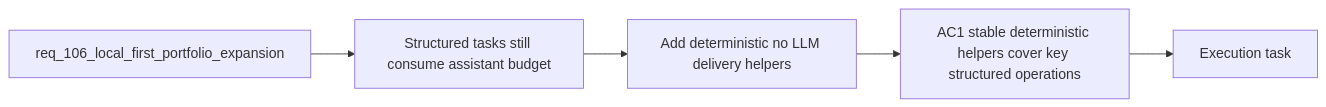
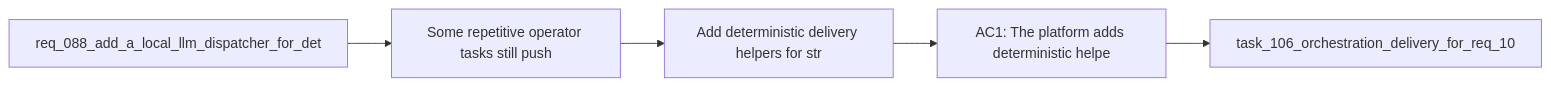
One commit to AlexAgo83/logics-manager changed the diagram in logics/backlog/item_191_add_deterministic_delivery_helpers_for_structured_repo_and_workflow_operations.md. Above: the diagram before and after it, drawn with Mermaid. The commit also changed 481 other files, not shown here.

````diff
--- a/logics/backlog/item_191_add_deterministic_delivery_helpers_for_structured_repo_and_workflow_operations.md
+++ b/logics/backlog/item_191_add_deterministic_delivery_helpers_for_structured_repo_and_workflow_operations.md
@@ -28,9 +28,9 @@
 ```mermaid
 %% logics-kind: backlog
 %% logics-signature: backlog|add-deterministic-delivery-helpers-for-s|req-088-add-a-local-llm-dispatcher-for-d|some-repetitive-operator-tasks-still-pus|ac1-the-platform-adds-deterministic-help
 flowchart LR
-    Request[req_106_local_first_portfolio_expansion] --> Problem[Structured tasks still consume assistant budget]
-    Problem --> Scope[Add deterministic no LLM delivery helpers]
-    Scope --> Acceptance[AC1 stable deterministic helpers cover key structured operations]
-    Acceptance --> Tasks[Execution task]
+    Request[req_088_add_a_local_llm_dispatcher_for_det] --> Problem[Some repetitive operator tasks still push]
+    Problem --> Scope[Add deterministic delivery helpers for str]
+    Scope --> Acceptance[AC1: The platform adds deterministic helpe]
+    Acceptance --> Tasks[task_106_orchestration_delivery_for_req_10]
 ```
````
